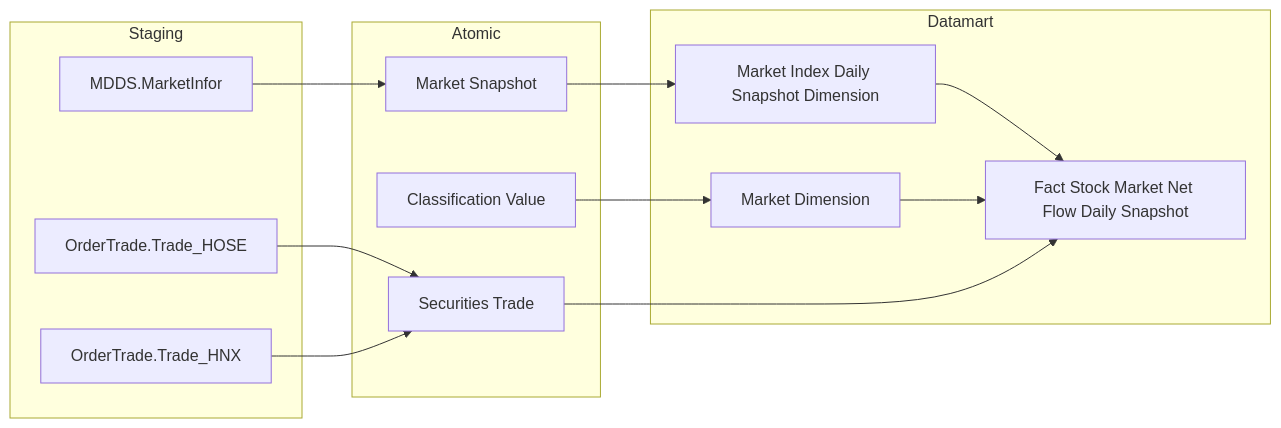
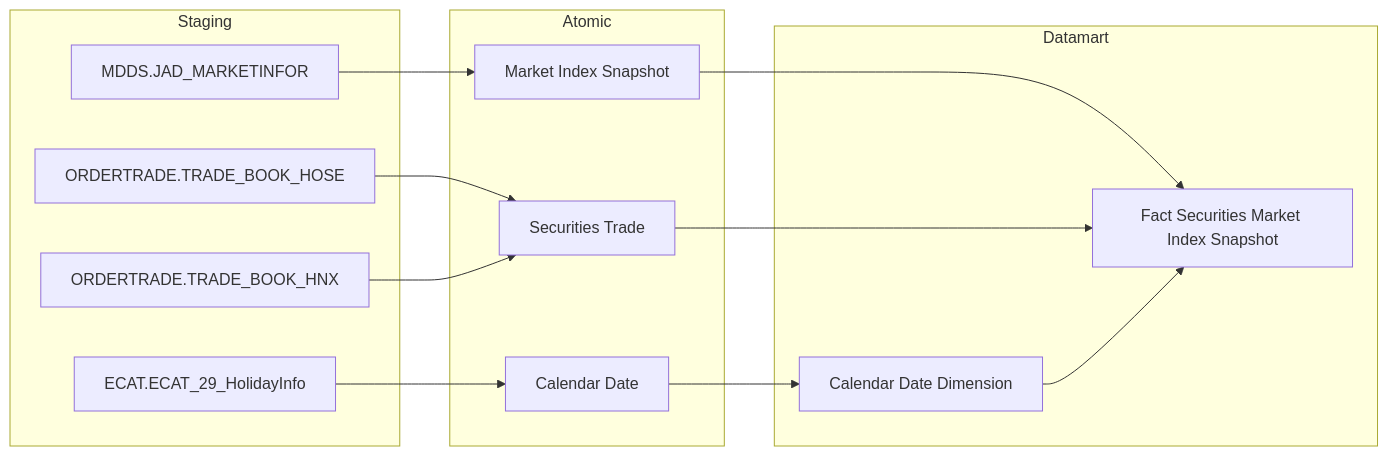
One commit to linhlvit/ubck_atomic_design changed the first of 22 diagrams in Datamart/hld/DTM_VP_HLD.md. Above: the diagram before and after it, drawn with Mermaid. The commit also changed other lines of this file and 14 other files, not shown here.

````diff
--- a/Datamart/hld/DTM_VP_HLD.md
+++ b/Datamart/hld/DTM_VP_HLD.md
@@ -13,26 +9,26 @@
 ```mermaid
 flowchart LR
     subgraph SRC["Staging"]
-        S1[MDDS.MarketInfor]
-        S2[OrderTrade.Trade_HOSE]
-        S3[OrderTrade.Trade_HNX]
+        MDDS_JAD_MARKETINFOR["MDDS.JAD_MARKETINFOR"]
+        ORDERTRADE_TRADE_BOOK_HOSE["ORDERTRADE.TRADE_BOOK_HOSE"]
+        ORDERTRADE_TRADE_BOOK_HNX["ORDERTRADE.TRADE_BOOK_HNX"]
+        ECAT_ECAT_29_HolidayInfo["ECAT.ECAT_29_HolidayInfo"]
     end
     subgraph SIL["Atomic"]
-        A1[Market Snapshot]
-        A2[Securities Trade]
-        A3[Classification Value]
+        Market_Index_Snapshot["Market Index Snapshot"]
+        Securities_Trade["Securities Trade"]
+        Calendar_Date["Calendar Date"]
     end
     subgraph GOLD["Datamart"]
-        D1[Market Index Daily Snapshot Dimension]
-        D2[Market Dimension]
-        F1[Fact Stock Market Net Flow Daily Snapshot]
-        D1 --> F1
-        D2 --> F1
+        fct_scr_mkt_indx_snpst["Fact Securities Market Index Snapshot"]
+        cdr_dt_dim["Calendar Date Dimension"]
     end
-    S1 --> A1
-    S2 --> A2
-    S3 --> A2
-    A1 --> D1
-    A2 --> F1
-    A3 --> D2
+    MDDS_JAD_MARKETINFOR --> Market_Index_Snapshot
+    ORDERTRADE_TRADE_BOOK_HOSE --> Securities_Trade
+    ORDERTRADE_TRADE_BOOK_HNX --> Securities_Trade
+    ECAT_ECAT_29_HolidayInfo --> Calendar_Date
+    Market_Index_Snapshot --> fct_scr_mkt_indx_snpst
+    Securities_Trade --> fct_scr_mkt_indx_snpst
+    Calendar_Date --> cdr_dt_dim
+    cdr_dt_dim --> fct_scr_mkt_indx_snpst
 ```
````
